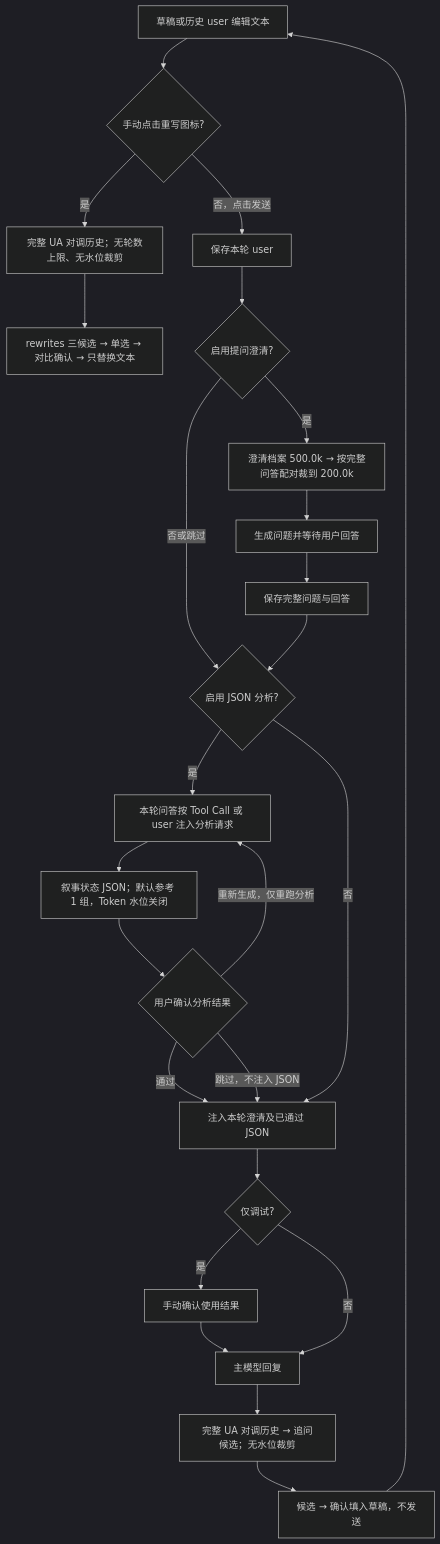
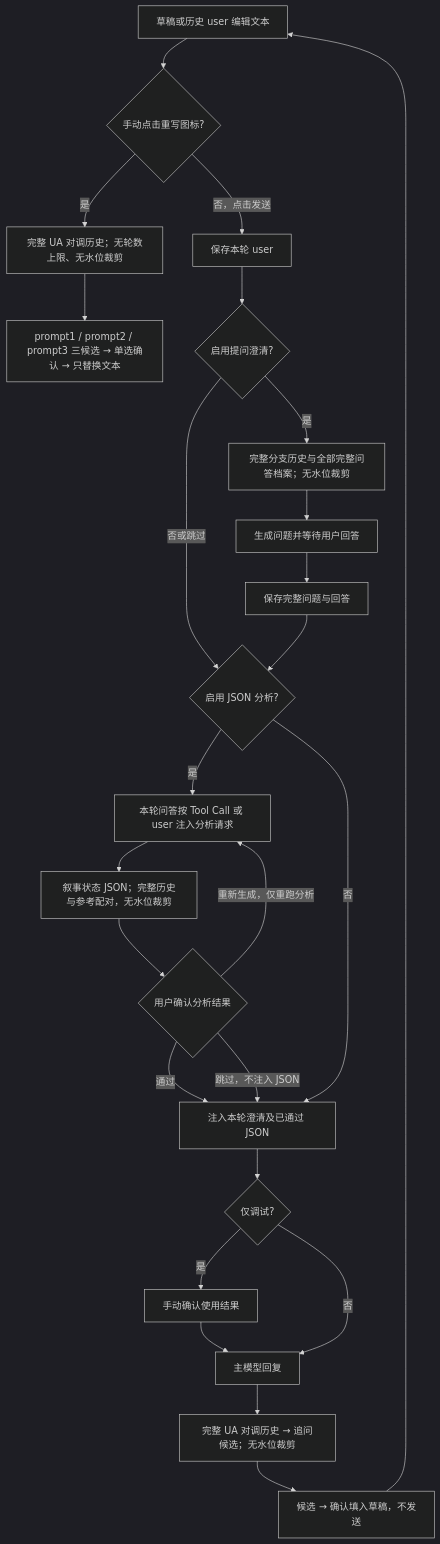
The first of 7 diagrams in docs/PLUGINS.md (ccawmiku/workers-chat), drawn with Mermaid (dark theme) before and after one commit. The commit also changed other lines of this file and 12 other files, not shown here.

````diff
--- a/docs/PLUGINS.md
+++ b/docs/PLUGINS.md
@@ -20,27 +20,27 @@
 ```mermaid
 flowchart TD
     Draft[草稿或历史 user 编辑文本] --> Rewrite{手动点击重写图标?}
     Rewrite -->|是| Rewriter[完整 UA 对调历史；无轮数上限、无水位裁剪]
-    Rewriter --> Compare[rewrites 三候选 → 单选 → 对比确认 → 只替换文本]
+    Rewriter --> Compare[prompt1 / prompt2 / prompt3 三候选 → 单选确认 → 只替换文本]
     Rewrite -->|否，点击发送| User[保存本轮 user]
     User --> Ask{启用提问澄清?}
-    Ask -->|是| Q[澄清档案 500.0k → 按完整问答配对裁到 200.0k]
+    Ask -->|是| Q[完整分支历史与全部完整问答档案；无水位裁剪]
     Q --> Wait[生成问题并等待用户回答]
     Wait --> Pair[保存完整问题与回答]
     Ask -->|否或跳过| Analyze{启用 JSON 分析?}
     Pair --> Analyze
     Analyze -->|是| Input[本轮问答按 Tool Call 或 user 注入分析请求]
-    Input --> JSON[叙事状态 JSON；默认参考 1 组，Token 水位关闭]
+    Input --> JSON[叙事状态 JSON；完整历史与参考配对，无水位裁剪]
     JSON --> Gate{用户确认分析结果}
     Gate -->|重新生成，仅重跑分析| Input
     Gate -->|通过| Inject[注入本轮澄清及已通过 JSON]
     Gate -->|跳过，不注入 JSON| Inject
     Analyze -->|否| Inject
     Inject --> Debug{仅调试?}
     Debug -->|是| Review[手动确认使用结果]
     Review --> Main[主模型回复]
     Debug -->|否| Main
     Main --> Suggest[完整 UA 对调历史 → 追问候选；无水位裁剪]
     Suggest --> Choices[候选 → 确认填入草稿，不发送]
     Choices --> Draft
 ```
````
